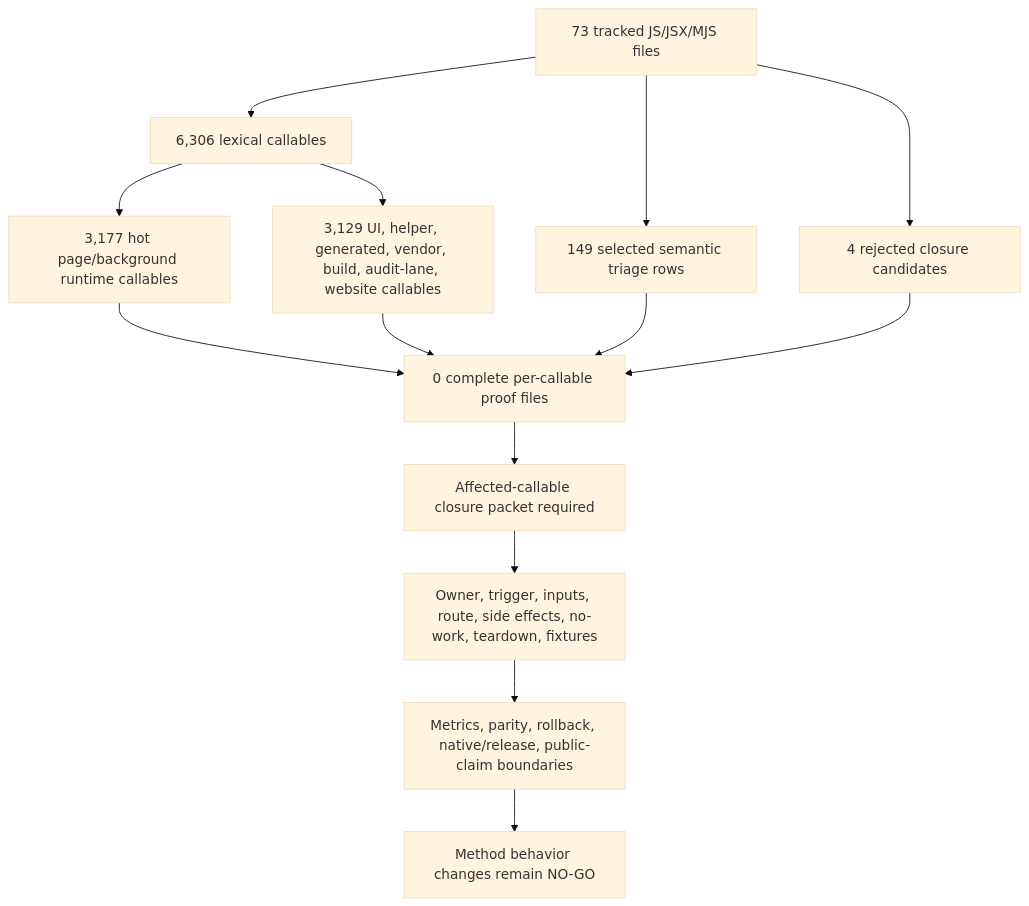
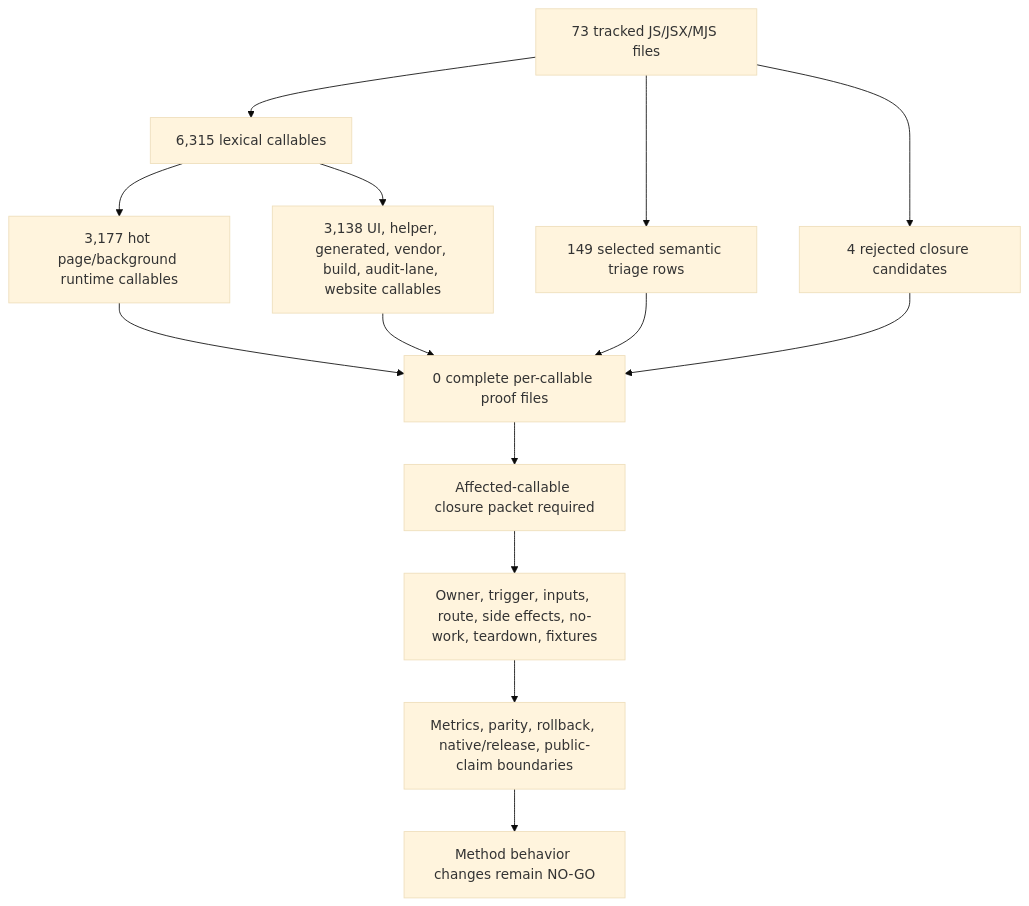
The first of 2 diagrams in docs/audit/FILTERTUBE_METHOD_SEMANTIC_PROOF_GAP_INDEX_CURRENT_BEHAVIOR_2026-05-25.md (varshneydevansh/FilterTube), drawn with Mermaid (base theme) before and after one commit. The commit also changed other lines of this file and 26 other files, not shown here.

````diff
--- a/docs/audit/FILTERTUBE_METHOD_SEMANTIC_PROOF_GAP_INDEX_CURRENT_BEHAVIOR_2026-05-25.md
+++ b/docs/audit/FILTERTUBE_METHOD_SEMANTIC_PROOF_GAP_INDEX_CURRENT_BEHAVIOR_2026-05-25.md
@@ -147,16 +147,16 @@
 ```mermaid
 flowchart TD
-  A["73 tracked JS/JSX/MJS files"] --> B["6,306 lexical callables"]
+  A["73 tracked JS/JSX/MJS files"] --> B["6,315 lexical callables"]
   B --> C["3,177 hot page/background runtime callables"]
-  B --> D["3,129 UI, helper, generated, vendor, build, audit-lane, website callables"]
+  B --> D["3,138 UI, helper, generated, vendor, build, audit-lane, website callables"]
   A --> E["149 selected semantic triage rows"]
   A --> F["4 rejected closure candidates"]
   C --> G["0 complete per-callable proof files"]
   D --> G
   E --> G
   F --> G
   G --> H["Affected-callable closure packet required"]
   H --> I["Owner, trigger, inputs, route, side effects, no-work, teardown, fixtures"]
   I --> J["Metrics, parity, rollback, native/release, public-claim boundaries"]
   J --> K["Method behavior changes remain NO-GO"]
 ```
````
